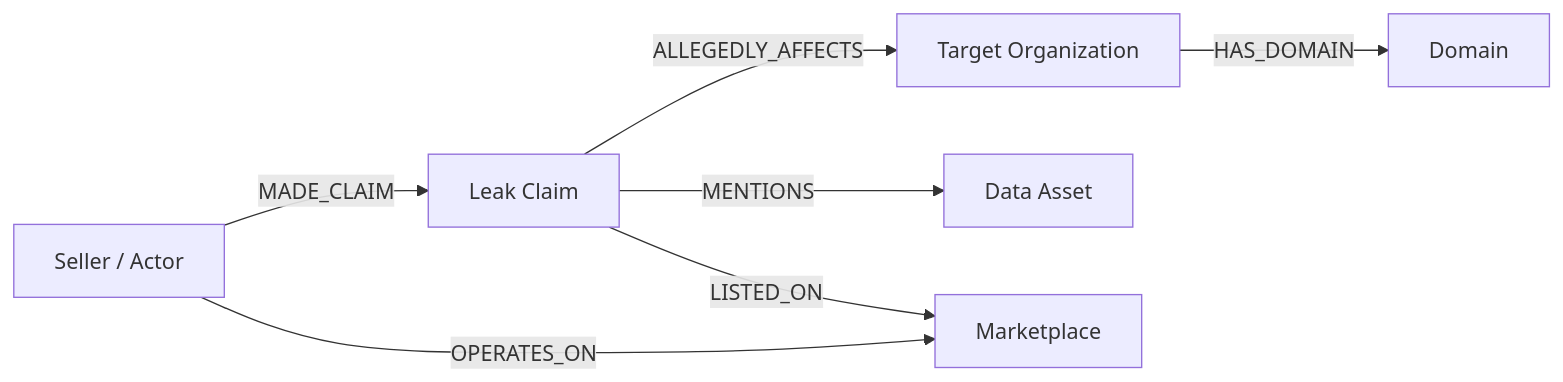
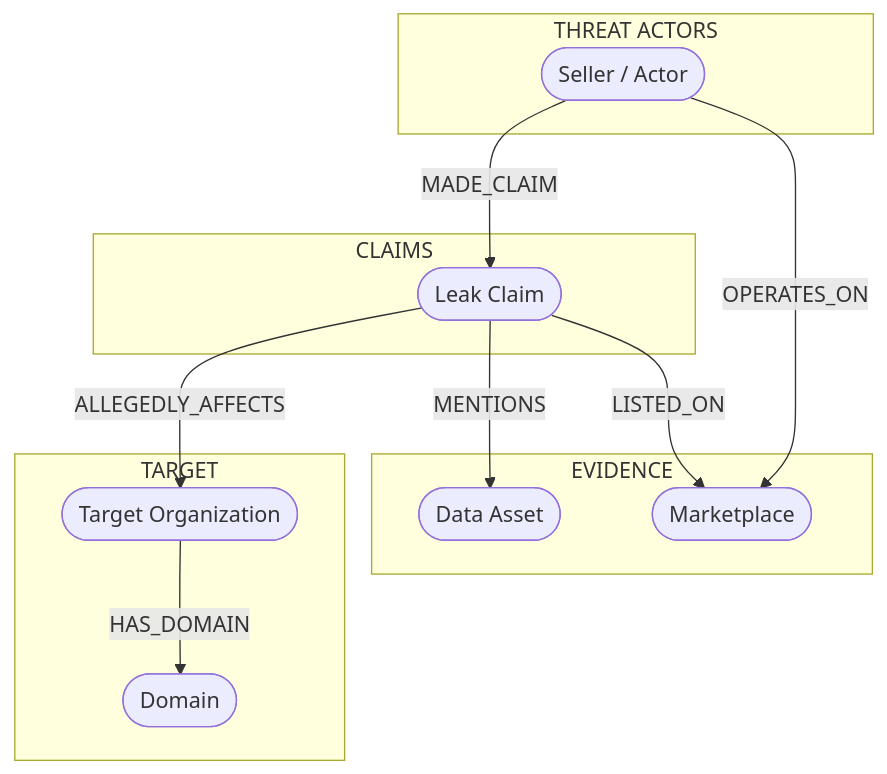
Before and after one commit to Muskankalonia/nocturne: the second of 2 diagrams in README.md, drawn with Mermaid. The commit also changed other lines of this file, not shown here.

Commit message:
Beautify knowledge graph: use subgraphs and stadium-shaped nodes
.... Generated with [Cortex Code](https://docs.snowflake.com/en/user-guide/cortex-code/cortex-code)

````diff
--- a/README.md
+++ b/README.md
@@ -303,9 +303,27 @@
 ```mermaid
-graph LR
-  Actor["Seller / Actor"] -->|MADE_CLAIM| Claim["Leak Claim"]
-  Claim -->|ALLEGEDLY_AFFECTS| Target["Target Organization"]
-  Claim -->|MENTIONS| Asset["Data Asset"]
-  Claim -->|LISTED_ON| Market["Marketplace"]
-  Target -->|HAS_DOMAIN| Domain["Domain"]
-  Actor -->|OPERATES_ON| Market
+flowchart TB
+  subgraph actors ["THREAT ACTORS"]
+    Actor(["Seller / Actor"])
+  end
+
+  subgraph claims ["CLAIMS"]
+    Claim(["Leak Claim"])
+  end
+
+  subgraph targets ["TARGET"]
+    Target(["Target Organization"])
+    Domain(["Domain"])
+  end
+
+  subgraph assets ["EVIDENCE"]
+    Asset(["Data Asset"])
+    Market(["Marketplace"])
+  end
+
+  Actor -->|"MADE_CLAIM"| Claim
+  Claim -->|"ALLEGEDLY_AFFECTS"| Target
+  Claim -->|"MENTIONS"| Asset
+  Claim -->|"LISTED_ON"| Market
+  Target -->|"HAS_DOMAIN"| Domain
+  Actor -->|"OPERATES_ON"| Market
 ```
````
